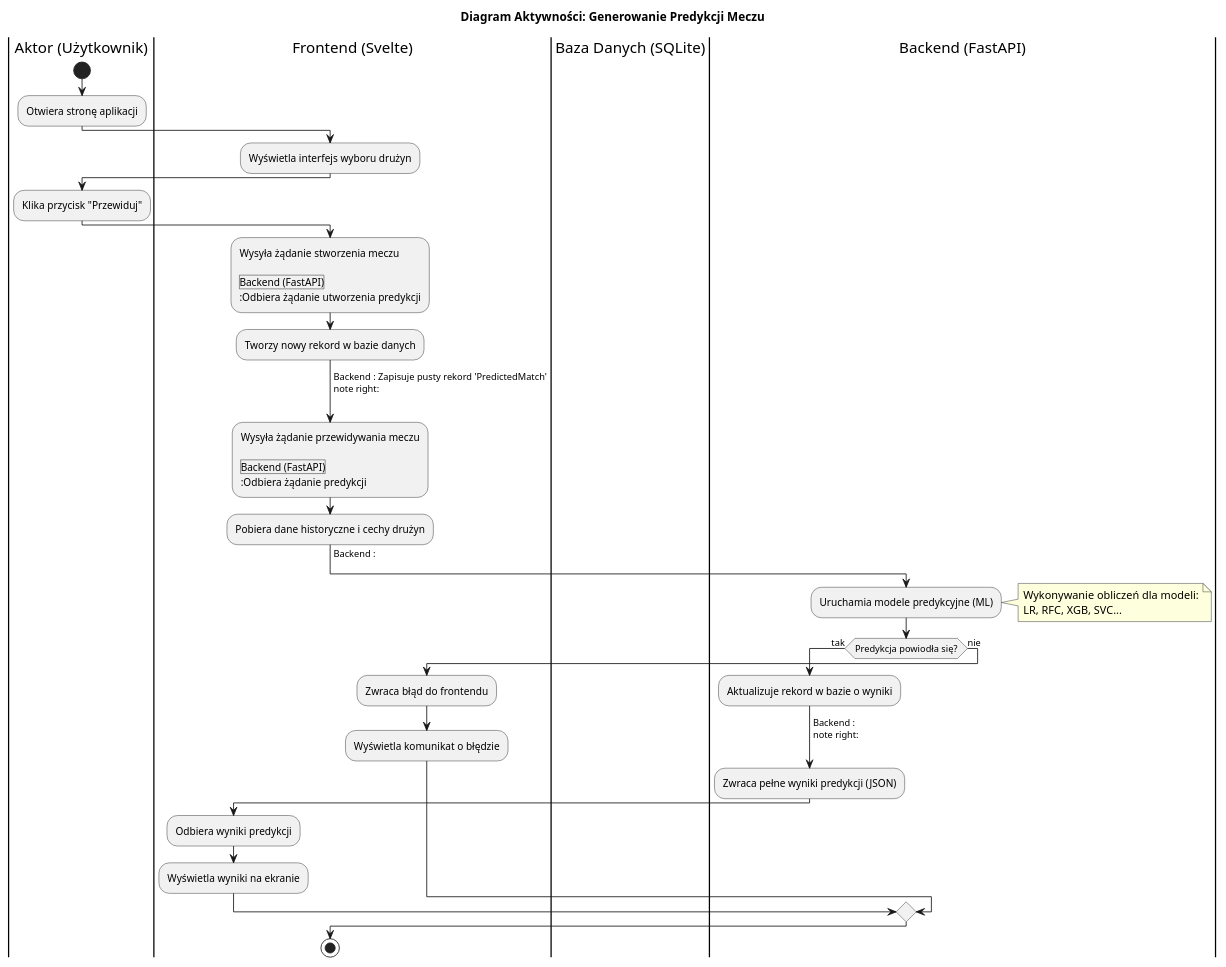
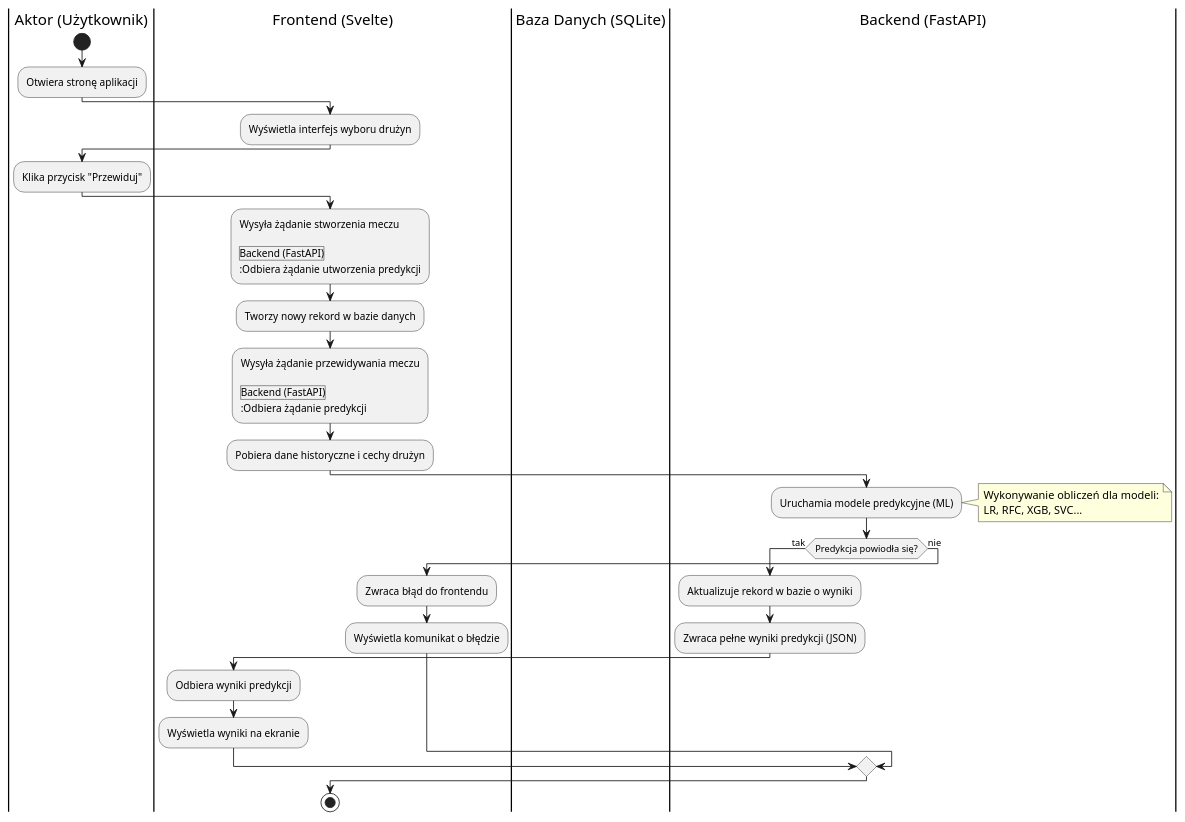
One commit to Ziomidlo/AI-powered-match-predictor changed the diagram in diagram_aktywności.puml. Above: the diagram before and after it, drawn with PlantUML. The commit also changed 35 other files, not shown here.

```diff
--- a/diagram_aktywności.puml
+++ b/diagram_aktywności.puml
@@ -1,63 +1,56 @@
 @startuml
-title Diagram Aktywności: Generowanie Predykcji Meczu
 
 |Aktor (Użytkownik)|
 start
 :Otwiera stronę aplikacji;
 
 |Frontend (Svelte)|
 :Wyświetla interfejs wyboru drużyn;
 
 |Aktor (Użytkownik)|
 :Klika przycisk "Przewiduj";
 
 |Frontend (Svelte)|
 :Wysyła żądanie stworzenia meczu
 
 |Backend (FastAPI)|
 :Odbiera żądanie utworzenia predykcji;
 :Tworzy nowy rekord w bazie danych;
 
 |Baza Danych (SQLite)|
--> Backend : Zapisuje pusty rekord 'PredictedMatch'
-note right:
-;
 
 |Frontend (Svelte)|
 :Wysyła żądanie przewidywania meczu
 
 |Backend (FastAPI)|
 :Odbiera żądanie predykcji;
 :Pobiera dane historyczne i cechy drużyn;
 
 |Baza Danych (SQLite)|
--> Backend :
-;
+
 |Backend (FastAPI)|
 :Uruchamia modele predykcyjne (ML);
 note right: Wykonywanie obliczeń dla modeli:\nLR, RFC, XGB, SVC...
 if (Predykcja powiodła się?) then (tak)
     :Aktualizuje rekord w bazie o wyniki;
     
     |Baza Danych (SQLite)|
-    -> Backend :
-    note right: 
-    ;
+
     |Backend (FastAPI)|
     :Zwraca pełne wyniki predykcji (JSON);
 
     |Frontend (Svelte)|
     :Odbiera wyniki predykcji;
     :Wyświetla wyniki na ekranie;
 
 
 else (nie)
     :Zwraca błąd do frontendu;
     
     |Frontend (Svelte)|
     :Wyświetla komunikat o błędzie;
     
 endif
 stop
 
 @enduml
```
